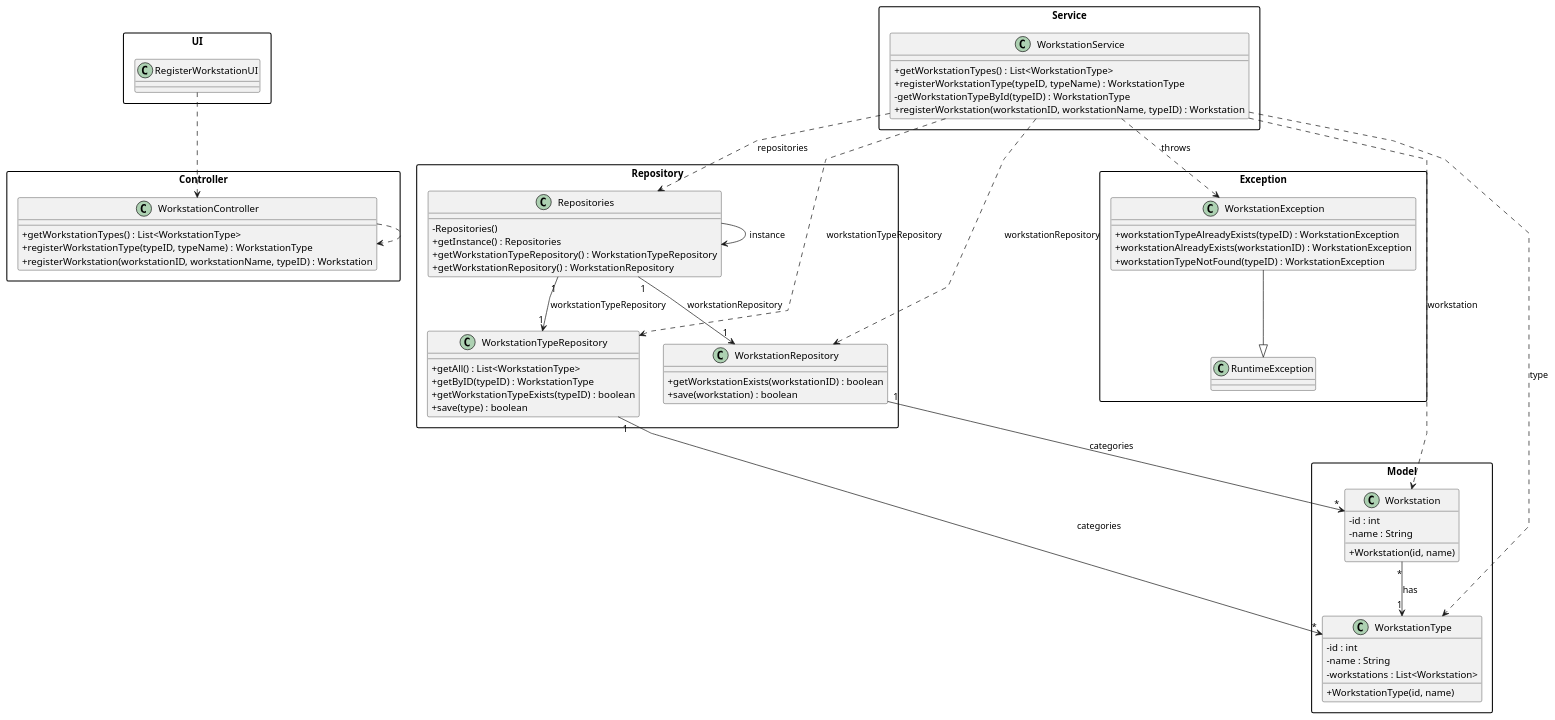
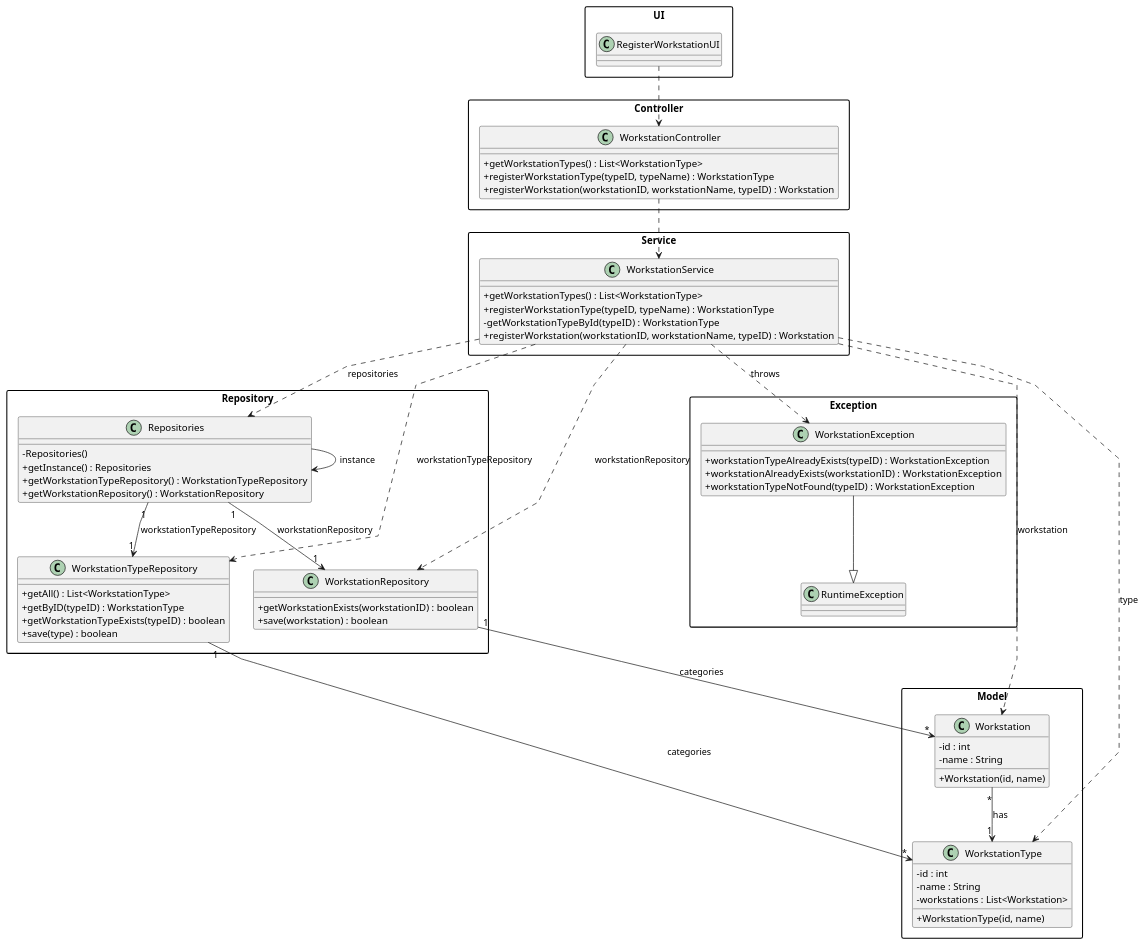
The diagram in documentation/user-stories/us023/03.design/puml/us023-class-diagram.puml (daniel41silva05/Production_Control_Industrial_ISEP), drawn with PlantUML before and after one commit. The commit also changed 22 other files, not shown here.

```diff
--- a/documentation/user-stories/us023/03.design/puml/us023-class-diagram.puml
+++ b/documentation/user-stories/us023/03.design/puml/us023-class-diagram.puml
@@ -1,91 +1,91 @@
 @startuml
 skinparam packageStyle rectangle
 skinparam shadowing false
 skinparam linetype polyline
 skinparam classAttributeIconSize 0
 
 package "UI" {
     class RegisterWorkstationUI {
     }
 }
 
 package "Controller" {
     class WorkstationController {
         +getWorkstationTypes() : List<WorkstationType>
         +registerWorkstationType(typeID, typeName) : WorkstationType
         +registerWorkstation(workstationID, workstationName, typeID) : Workstation
     }
 }
 
 package "Service" {
     class WorkstationService {
         +getWorkstationTypes() : List<WorkstationType>
         +registerWorkstationType(typeID, typeName) : WorkstationType
         -getWorkstationTypeById(typeID) : WorkstationType
         +registerWorkstation(workstationID, workstationName, typeID) : Workstation
     }
 }
 
 package "Repository" {
     class Repositories {
         -Repositories()
         +getInstance() : Repositories
         +getWorkstationTypeRepository() : WorkstationTypeRepository
         +getWorkstationRepository() : WorkstationRepository
     }
 
     class WorkstationTypeRepository {
         +getAll() : List<WorkstationType>
         +getByID(typeID) : WorkstationType
         +getWorkstationTypeExists(typeID) : boolean
         +save(type) : boolean
     }
 
     class WorkstationRepository {
         +getWorkstationExists(workstationID) : boolean
         +save(workstation) : boolean
     }
 }
 
 package "Model" {
     class Workstation {
         -id : int
         -name : String
         +Workstation(id, name)
     }
 
     class WorkstationType {
         -id : int
         -name : String
         -workstations : List<Workstation>
         +WorkstationType(id, name)
     }
 }
 
 package "Exception" {
     class WorkstationException {
         +workstationTypeAlreadyExists(typeID) : WorkstationException
         +workstationAlreadyExists(workstationID) : WorkstationException
         +workstationTypeNotFound(typeID) : WorkstationException
     }
 
     class RuntimeException
 }
 
 RegisterWorkstationUI ..> WorkstationController
-WorkstationController ..> WorkstationController
+WorkstationController ..> WorkstationService
 WorkstationService ..> Repositories : repositories
 WorkstationService ..> WorkstationRepository : workstationRepository
 WorkstationService ..> WorkstationTypeRepository : workstationTypeRepository
 WorkstationService ..> Workstation : workstation
 WorkstationService ..> WorkstationType : type
 Repositories --> Repositories : instance
 Repositories "1" --> "1" WorkstationRepository : workstationRepository
 Repositories "1" --> "1" WorkstationTypeRepository : workstationTypeRepository
 WorkstationRepository "1" --> "*" Workstation : categories
 WorkstationTypeRepository "1" --> "*" WorkstationType : categories
 Workstation "*" --> "1" WorkstationType : has
 WorkstationService ..> WorkstationException : throws
 WorkstationException --|> RuntimeException
 
 @enduml
```
